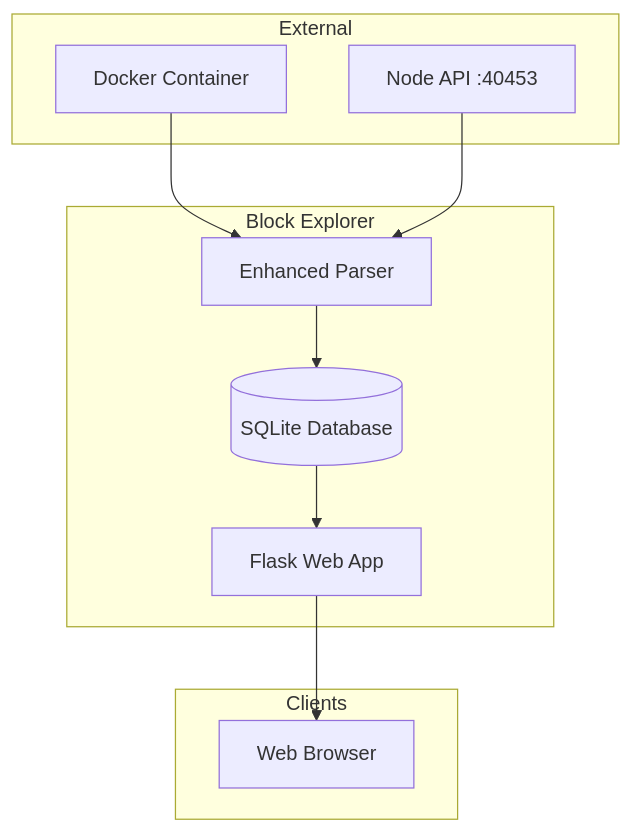
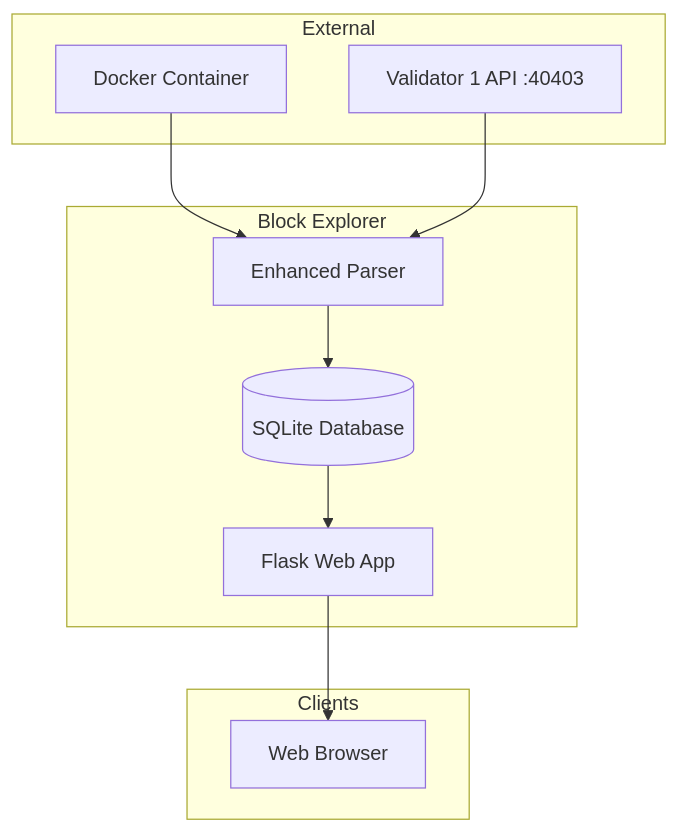
One commit to asi-alliance/asi-chain-docs-portal changed the first of 4 diagrams in architecture/component-diagrams/explorer/index.md. Above: the diagram before and after it, drawn with Mermaid. The commit also changed 16 other files, not shown here.

````diff
--- a/architecture/component-diagrams/explorer/index.md
+++ b/architecture/component-diagrams/explorer/index.md
@@ -9,23 +9,23 @@
 ```mermaid
 graph TB
     subgraph "Block Explorer"
         Parser[Enhanced Parser]
         DB[(SQLite Database)]
         Web[Flask Web App]
     end
     
     subgraph "External"
         Docker[Docker Container]
-        Node[Node API :40453]
+        Node[Validator 1 API :40403]
     end
     
     subgraph "Clients"
         Browser[Web Browser]
     end
     
     Docker --> Parser
     Node --> Parser
     Parser --> DB
     DB --> Web
     Web --> Browser
 ```
````
